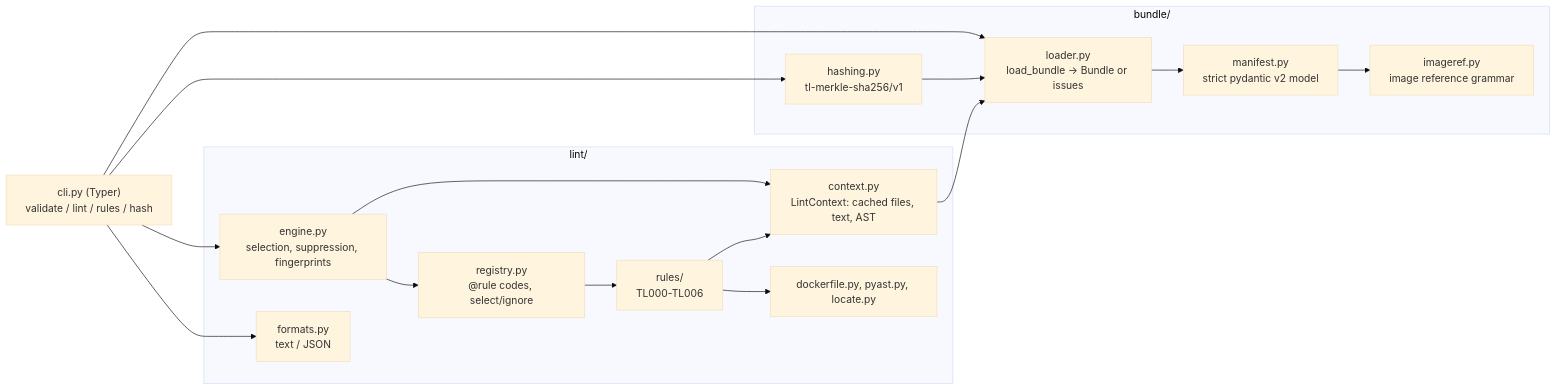
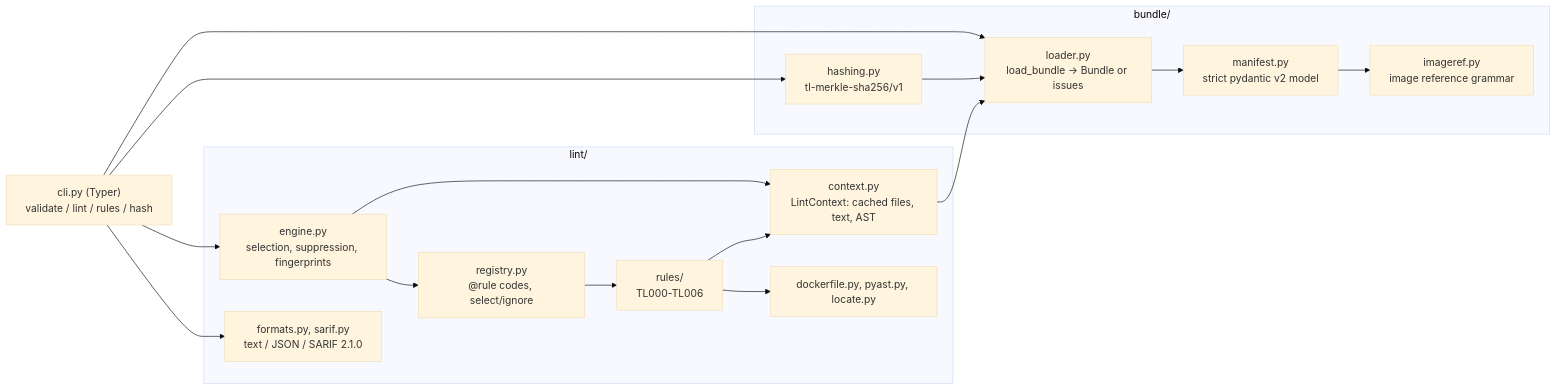
Before and after one commit to vipul21435/taskledger: the diagram in README.md, drawn with Mermaid (base theme). The commit also changed other lines of this file and 1 other file, not shown here.

First line of the commit message:
docs: document SARIF output, secret and size rules, and close slice 2

````diff
--- a/README.md
+++ b/README.md
@@ -165,31 +253,31 @@
 ```mermaid
 flowchart LR
     CLI["cli.py (Typer)<br/>validate / lint / rules / hash"]
 
     subgraph bundle["bundle/"]
         Loader["loader.py<br/>load_bundle -> Bundle or issues"]
         Manifest["manifest.py<br/>strict pydantic v2 model"]
         ImageRef["imageref.py<br/>image reference grammar"]
         Hasher["hashing.py<br/>tl-merkle-sha256/v1"]
     end
 
     subgraph lint["lint/"]
         Engine["engine.py<br/>selection, suppression, fingerprints"]
         Registry["registry.py<br/>@rule codes, select/ignore"]
         Context["context.py<br/>LintContext: cached files, text, AST"]
         Rules["rules/<br/>TL000-TL006"]
         Helpers["dockerfile.py, pyast.py, locate.py"]
-        Formats["formats.py<br/>text / JSON"]
+        Formats["formats.py, sarif.py<br/>text / JSON / SARIF 2.1.0"]
     end
 
     CLI --> Loader
     CLI --> Hasher
     CLI --> Engine
     CLI --> Formats
     Loader --> Manifest --> ImageRef
     Hasher --> Loader
     Engine --> Registry --> Rules
     Engine --> Context --> Loader
     Rules --> Context
     Rules --> Helpers
 ```
````
